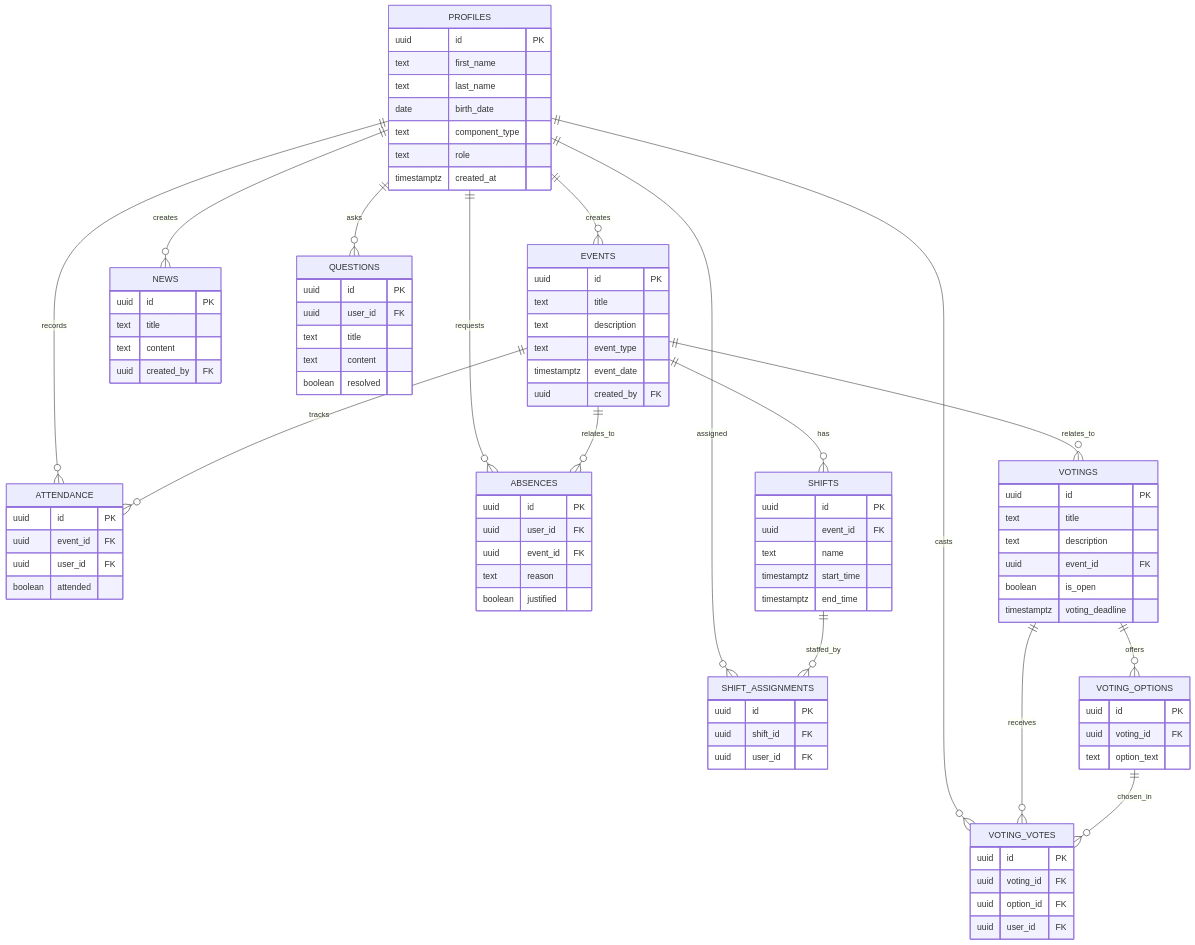
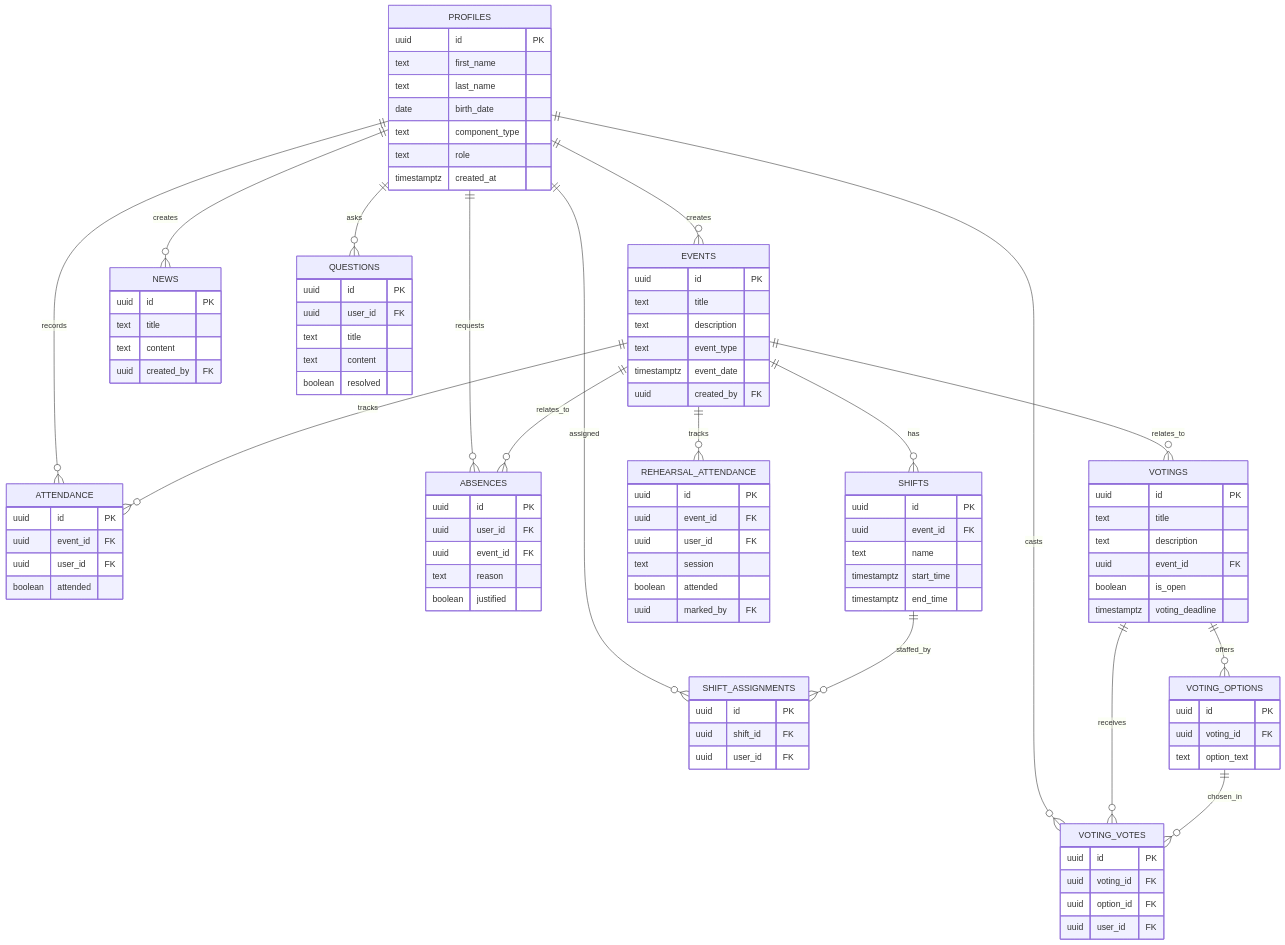
The diagram in docs/DATABASE.md (JoserraLP/umsuka-imbali-app), drawn with Mermaid before and after one commit. The commit also changed other lines of this file and 34 other files, not shown here.

First line of the commit message:
[feature] Sprint 27 — Asistencia a Ensayos (Rehearsal Attendance) (#29)

```diff
--- a/docs/DATABASE.md
+++ b/docs/DATABASE.md
@@ -18,6 +18,7 @@
 
     EVENTS ||--o{ SHIFTS : has
     EVENTS ||--o{ ATTENDANCE : tracks
+    EVENTS ||--o{ REHEARSAL_ATTENDANCE : tracks
     EVENTS ||--o{ ABSENCES : relates_to
     EVENTS ||--o{ VOTINGS : relates_to
 
@@ -62,6 +63,14 @@
         uuid user_id FK
         boolean attended
     }
+    REHEARSAL_ATTENDANCE {
+        uuid id PK
+        uuid event_id FK
+        uuid user_id FK
+        text session
+        boolean attended
+        uuid marked_by FK
+    }
     ABSENCES {
         uuid id PK
         uuid user_id FK
```
